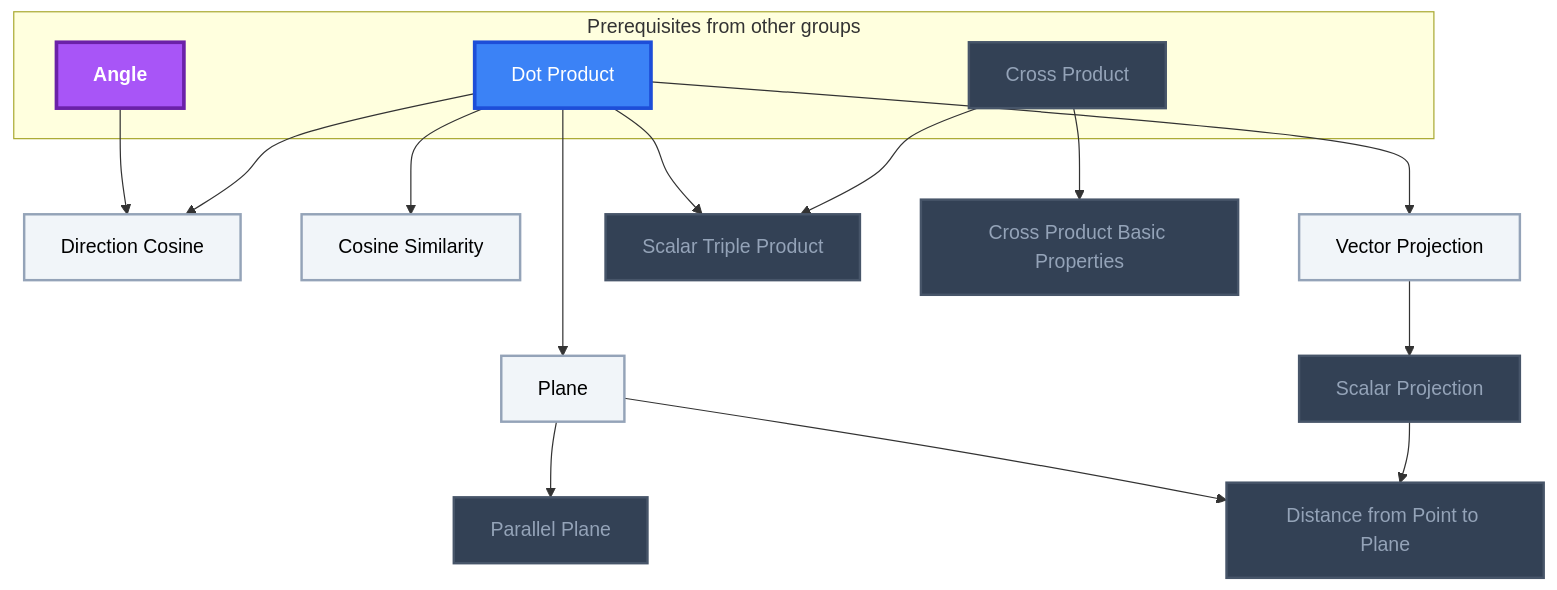
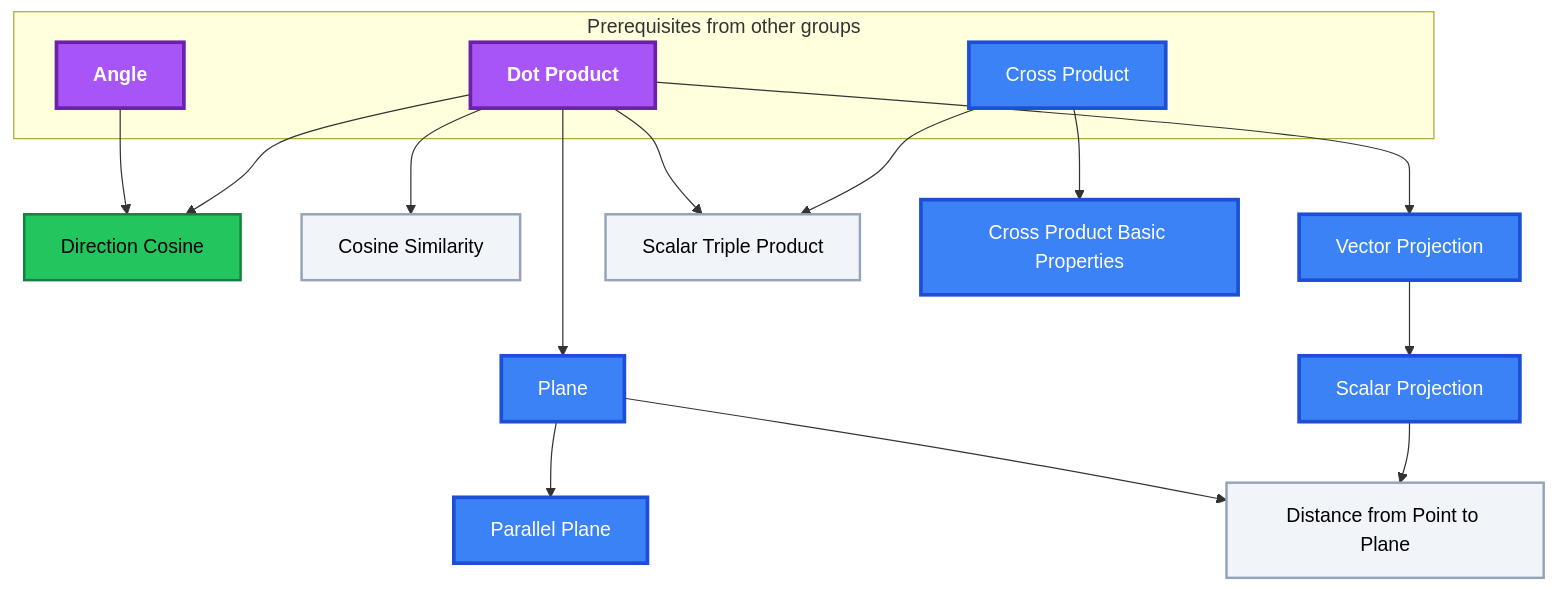
Before and after one commit to MRauf1/My-Notes: the ninth of 13 diagrams in Gamification/Skill Trees/Calculus.md, drawn with Mermaid. The commit also changed other lines of this file and 145 other files, not shown here.

````diff
--- a/Gamification/Skill Trees/Calculus.md
+++ b/Gamification/Skill Trees/Calculus.md
@@ -706,43 +776,43 @@
 ```mermaid
 flowchart TD
     classDef planned fill:#1E293B,stroke:#64748B,stroke-width:2px,stroke-dasharray:5 5,color:#94A3B8;
     classDef locked fill:#334155,stroke:#475569,stroke-width:2px,color:#94A3B8;
     classDef L0 fill:#F1F5F9,stroke:#94A3B8,stroke-width:2px,color:#000000;
     classDef L1 fill:#22C55E,stroke:#15803D,stroke-width:2px,color:#000000;
     classDef L2 fill:#3B82F6,stroke:#1D4ED8,stroke-width:3px,color:#FFFFFF;
     classDef L3 fill:#A855F7,stroke:#6B21A8,stroke-width:3px,color:#FFFFFF,font-weight:bold;
     classDef L4 fill:#F97316,stroke:#C2410C,stroke-width:4px,color:#000000,font-weight:bold;
     classDef L5 fill:#FFD700,stroke:#FF8C00,stroke-width:5px,color:#000000,font-weight:bold;
     classDef rusty stroke:#8B4513,stroke-width:4px,stroke-dasharray:3 3;
     subgraph sg_prereqs["Prerequisites from other groups"]
         n_dot_product["Dot Product"]
         n_angle["Angle"]
         n_cross_product["Cross Product"]
     end
     n_direction_cosine["Direction Cosine"]
     n_cosine_similarity["Cosine Similarity"]
     n_scalar_projection["Scalar Projection"]
     n_vector_projection["Vector Projection"]
     n_scalar_triple_product["Scalar Triple Product"]
     n_cross_product_basic_properties["Cross Product Basic Properties"]
     n_plane["Plane"]
     n_parallel_plane["Parallel Plane"]
     n_distance_from_point_to_plane["Distance from Point to Plane"]
     n_dot_product --> n_direction_cosine
     n_angle --> n_direction_cosine
     n_dot_product --> n_cosine_similarity
     n_vector_projection --> n_scalar_projection
     n_dot_product --> n_vector_projection
     n_cross_product --> n_scalar_triple_product
     n_dot_product --> n_scalar_triple_product
     n_cross_product --> n_cross_product_basic_properties
     n_dot_product --> n_plane
     n_plane --> n_parallel_plane
     n_scalar_projection --> n_distance_from_point_to_plane
     n_plane --> n_distance_from_point_to_plane
-    class n_cross_product,n_scalar_projection,n_scalar_triple_product,n_cross_product_basic_properties,n_parallel_plane,n_distance_from_point_to_plane locked;
-    class n_direction_cosine,n_cosine_similarity,n_vector_projection,n_plane L0;
-    class n_dot_product L2;
-    class n_angle L3;
+    class n_cosine_similarity,n_scalar_triple_product,n_distance_from_point_to_plane L0;
+    class n_direction_cosine L1;
+    class n_cross_product,n_scalar_projection,n_vector_projection,n_cross_product_basic_properties,n_plane,n_parallel_plane L2;
+    class n_dot_product,n_angle L3;
     class n_dot_product,n_angle,n_cross_product,n_direction_cosine,n_cosine_similarity,n_scalar_projection,n_vector_projection,n_scalar_triple_product,n_cross_product_basic_properties,n_plane,n_parallel_plane,n_distance_from_point_to_plane internal-link;
 ```
````
